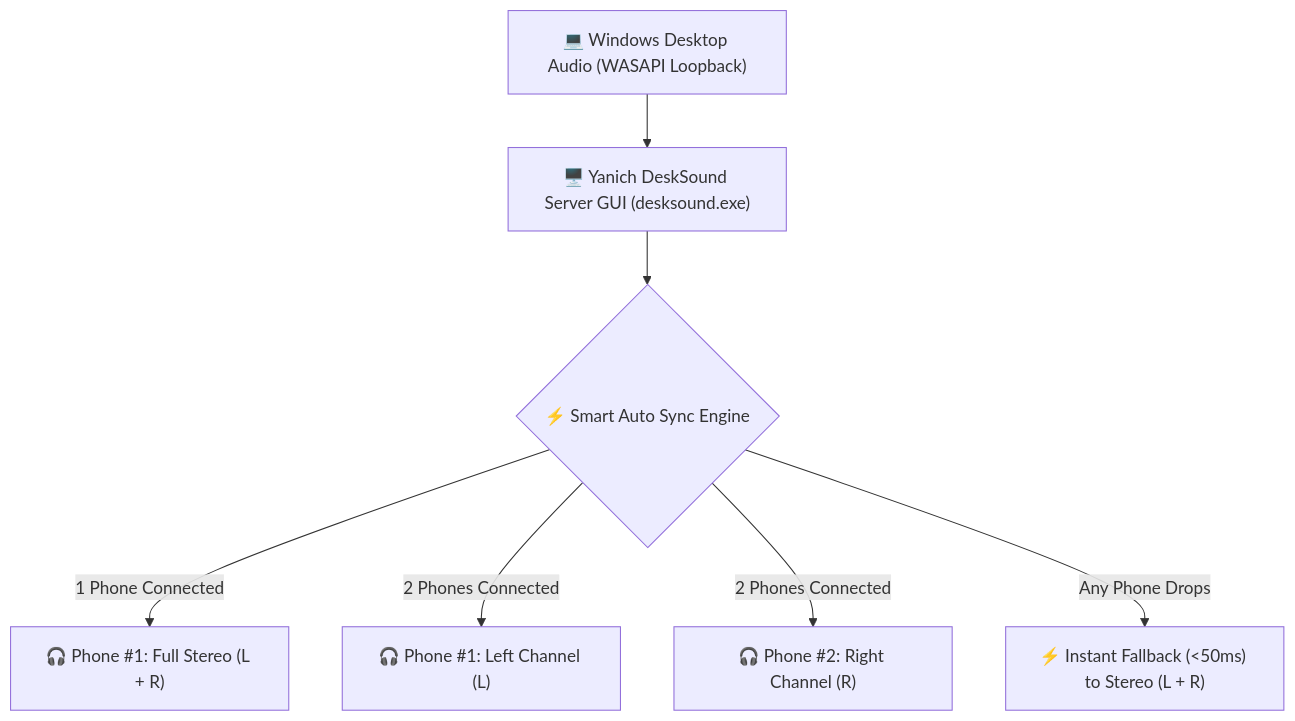
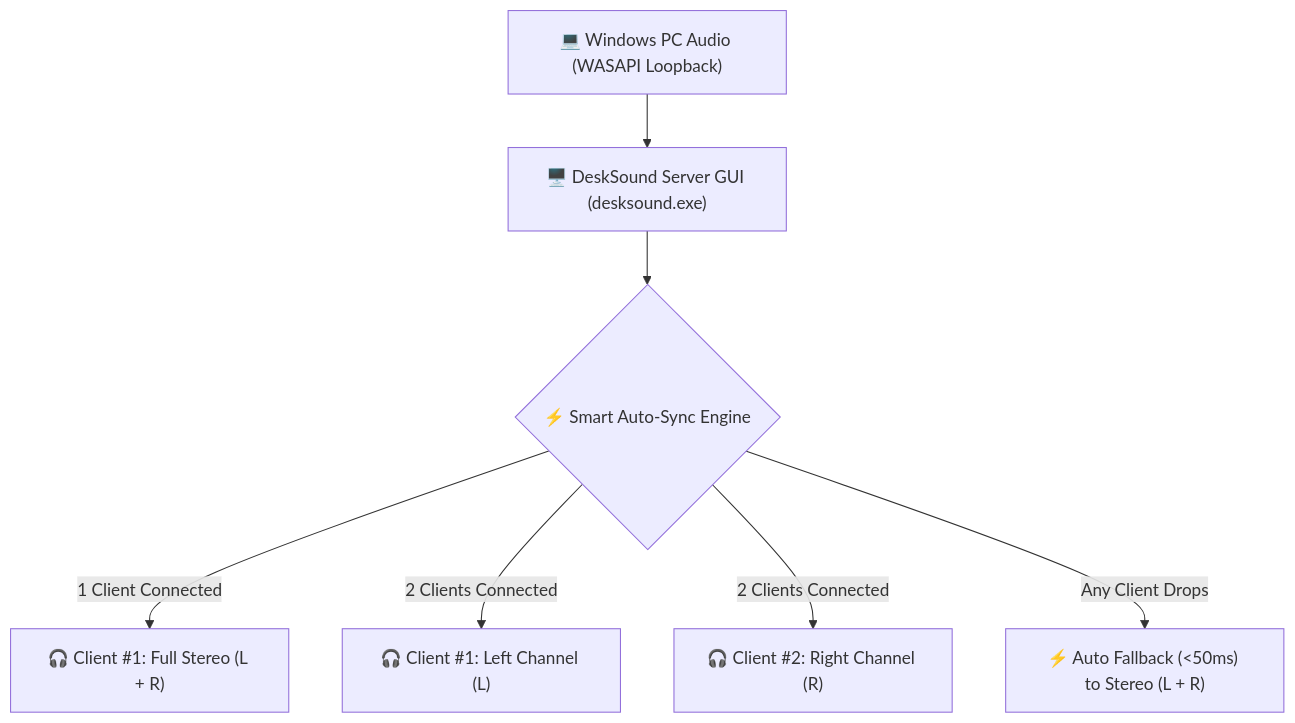
One commit to vathsathya/yanich-desksound changed the diagram in README.md. Above: the diagram before and after it, drawn with Mermaid. The commit also changed other lines of this file, not shown here.

````diff
--- a/README.md
+++ b/README.md
@@ -17,9 +38,9 @@
 ```mermaid
 graph TD
-    A["💻 Windows Desktop Audio (WASAPI Loopback)"] --> B["🖥️ Yanich DeskSound Server GUI (desksound.exe)"]
-    B --> C{"⚡ Smart Auto Sync Engine"}
-    C -->|"1 Phone Connected"| D["🎧 Phone #1: Full Stereo (L + R)"]
-    C -->|"2 Phones Connected"| E["🎧 Phone #1: Left Channel (L)"]
-    C -->|"2 Phones Connected"| F["🎧 Phone #2: Right Channel (R)"]
-    C -->|"Any Phone Drops"| G["⚡ Instant Fallback (<50ms) to Stereo (L + R)"]
+    A["💻 Windows PC Audio (WASAPI Loopback)"] --> B["🖥️ DeskSound Server GUI (desksound.exe)"]
+    B --> C{"⚡ Smart Auto-Sync Engine"}
+    C -->|"1 Client Connected"| D["🎧 Client #1: Full Stereo (L + R)"]
+    C -->|"2 Clients Connected"| E["🎧 Client #1: Left Channel (L)"]
+    C -->|"2 Clients Connected"| F["🎧 Client #2: Right Channel (R)"]
+    C -->|"Any Client Drops"| G["⚡ Auto Fallback (<50ms) to Stereo (L + R)"]
 ```
````
